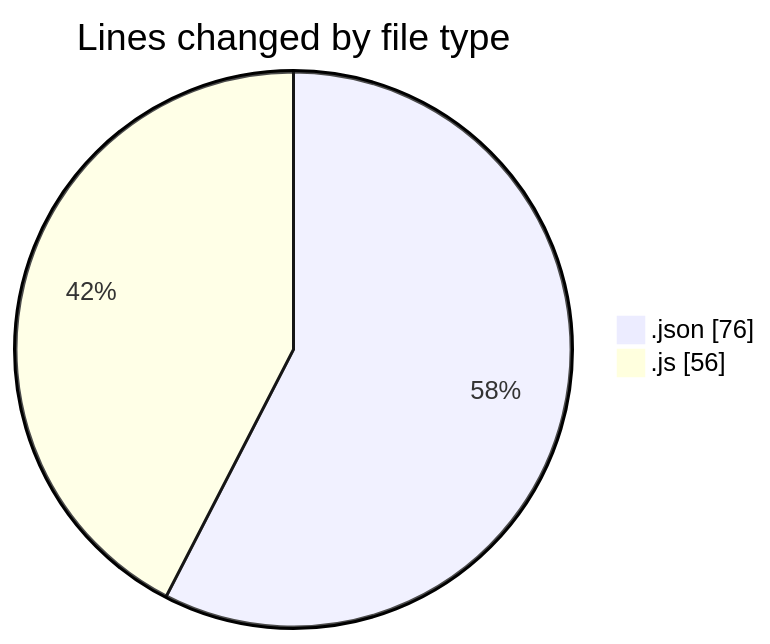
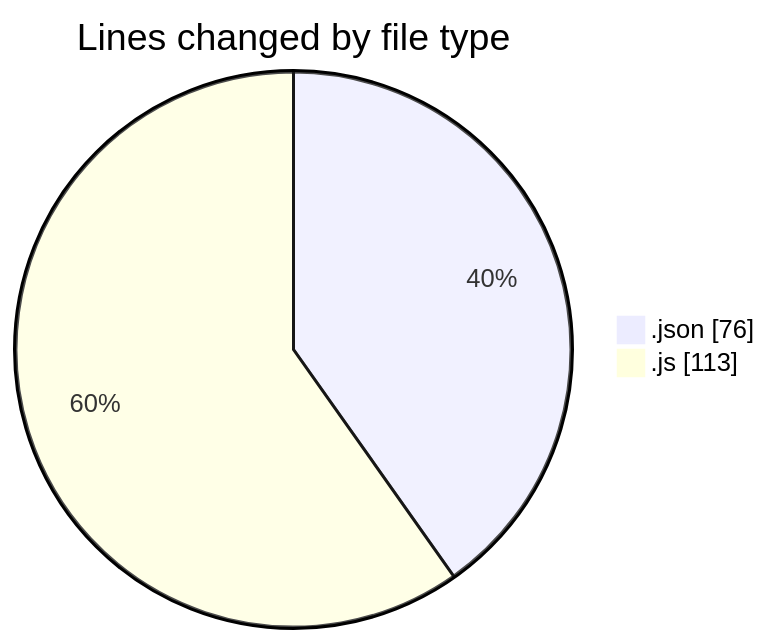
The first of 2 diagrams in 2026-07-31/mono-test/README.md (yexinjia/code-tracking), drawn with Mermaid before and after one commit. The commit also changed other lines of this file and 1 other file, not shown here.

````diff
--- a/2026-07-31/mono-test/README.md
+++ b/2026-07-31/mono-test/README.md
@@ -21,6 +21,6 @@
 ```mermaid
 pie showData
 title Lines changed by file type
 ".json" : 76
-".js" : 56
+".js" : 113
 ```
````
